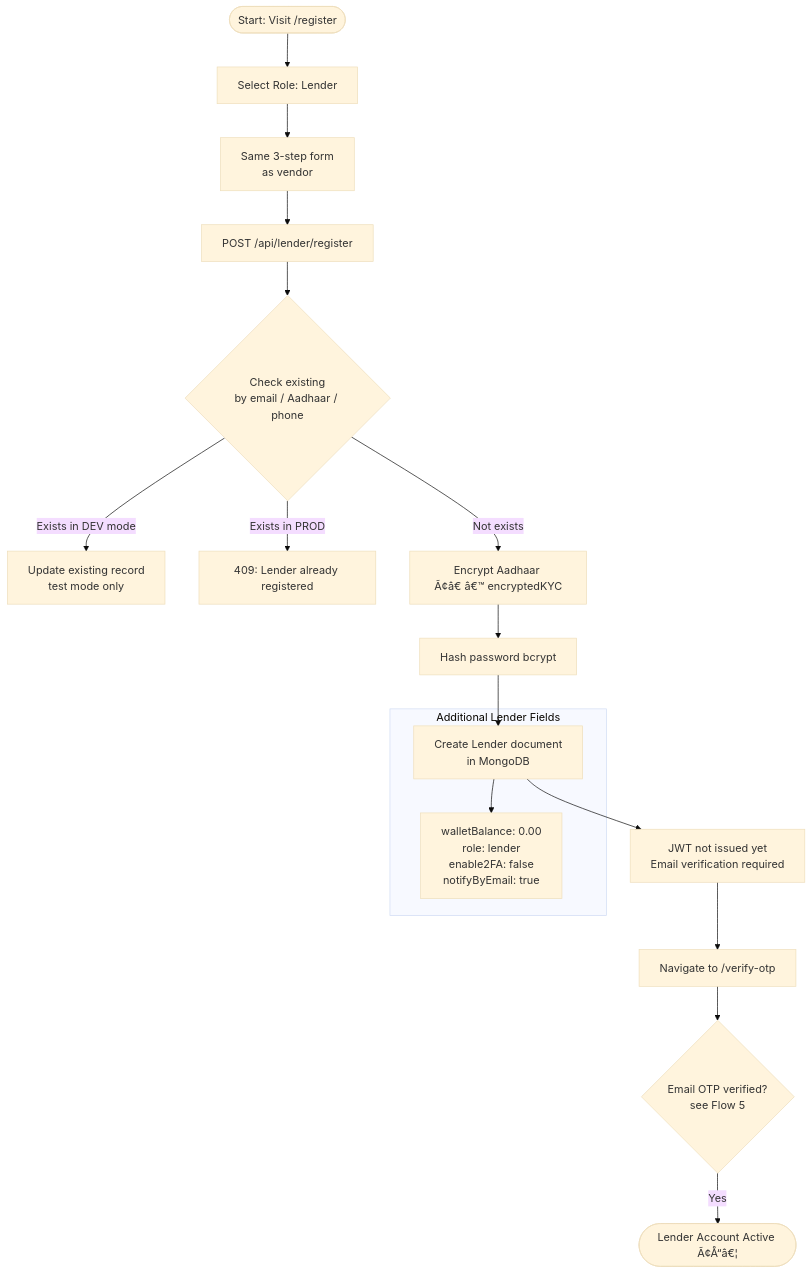
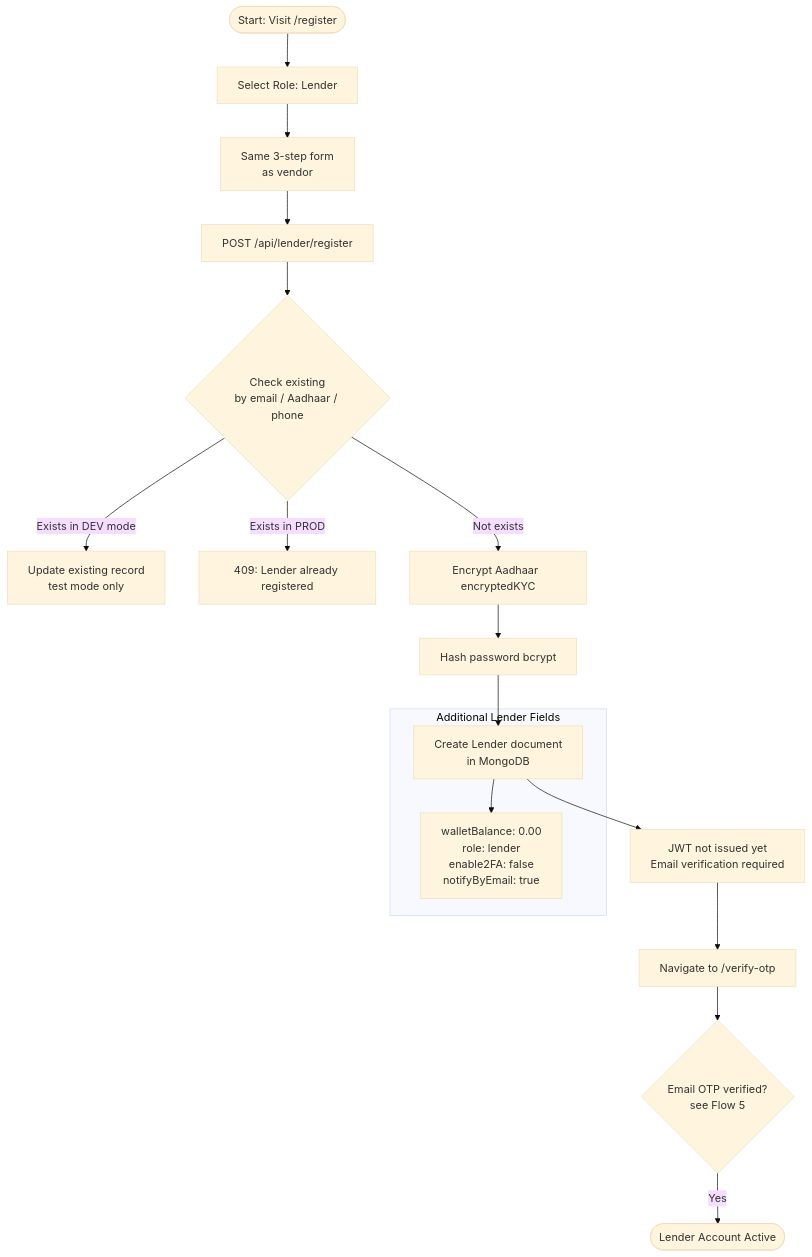
One commit to sivamaniganjerupalli/simplified-microloans changed the third of 21 diagrams in PROCESS_FLOWS.md. Above: the diagram before and after it, drawn with Mermaid (base theme). The commit also changed other lines of this file and 14 other files, not shown here.

````diff
--- a/PROCESS_FLOWS.md
+++ b/PROCESS_FLOWS.md
@@ -100,21 +100,21 @@
 ```mermaid
 flowchart TD
     A([Start: Visit /register]) --> B[Select Role: Lender]
     B --> C[Same 3-step form\nas vendor]
     C --> D[POST /api/lender/register]
 
     D --> E{Check existing\nby email / Aadhaar / phone}
     E -- Exists in DEV mode --> F[Update existing record\n test mode only]
     E -- Exists in PROD --> G[409: Lender already registered]
-    E -- Not exists --> H[Encrypt Aadhaar Ã¢â€ â€™ encryptedKYC]
+    E -- Not exists --> H[Encrypt Aadhaar  encryptedKYC]
     H --> I[Hash password bcrypt]
     I --> J[Create Lender document\nin MongoDB]
     J --> K[JWT not issued yet\nEmail verification required]
     K --> L[Navigate to /verify-otp]
     L --> M{Email OTP verified?\nsee Flow 5}
-    M -- Yes --> N([Lender Account Active Ã¢Å“â€¦])
+    M -- Yes --> N([Lender Account Active ])
 
     subgraph Additional Lender Fields
         J --> J1[walletBalance: 0.00\nrole: lender\nenable2FA: false\nnotifyByEmail: true]
     end
 ```
````
